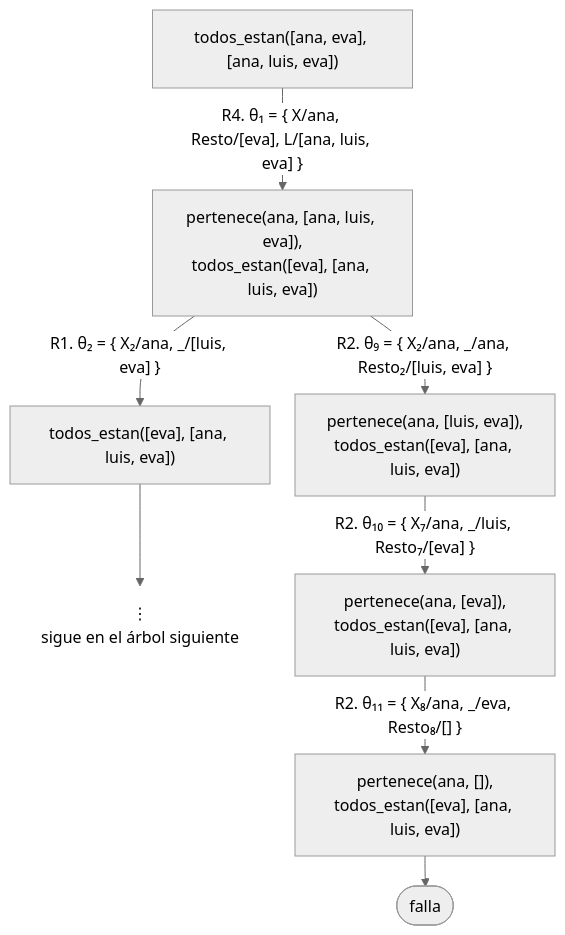
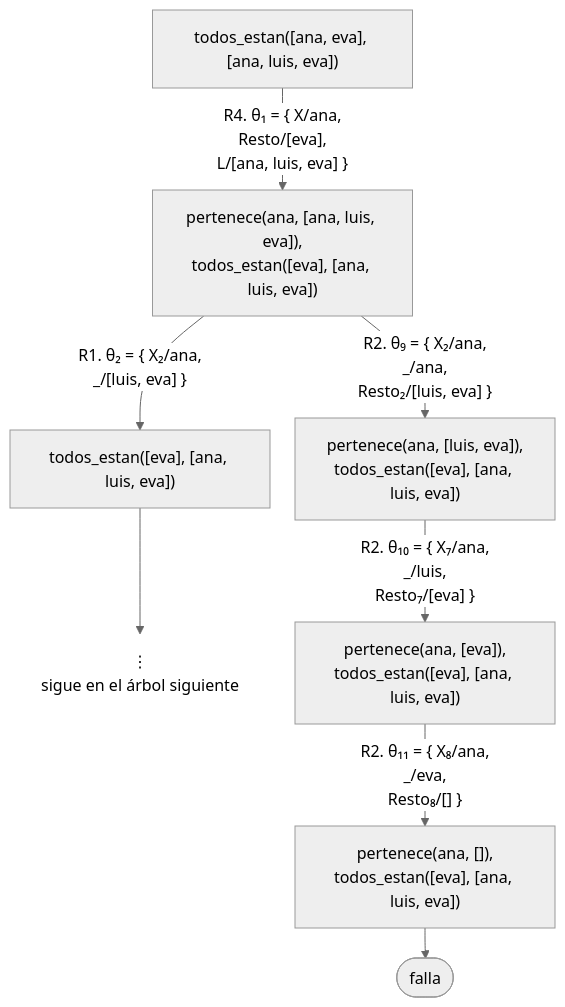
The third of 10 diagrams in docs/capitulo-07-listas/index.md (CesarBallardini/curso-de-prolog), drawn with Mermaid (neutral theme) before and after one commit. The commit also changed other lines of this file and 24 other files, not shown here.

First line of the commit message:
feat(docs): botones para ocultar las columnas laterales y etiquetas cortas en los diagramas

````diff
--- a/docs/capitulo-07-listas/index.md
+++ b/docs/capitulo-07-listas/index.md
@@ -249,13 +249,13 @@
 ```mermaid
 %%{init: {"flowchart": {"rankSpacing": 30, "nodeSpacing": 25}}}%%
 flowchart TD
-    A["todos_estan([ana, eva], [ana, luis, eva])"] -- "R4. θ₁ = {&nbsp;X/ana, Resto/[eva], L/[ana, luis, eva]&nbsp;}" --> B["pertenece(ana, [ana, luis, eva]),<br/>todos_estan([eva], [ana, luis, eva])"]
-    B -- "R1. θ₂ = {&nbsp;X₂/ana, _/[luis, eva]&nbsp;}" --> C["todos_estan([eva], [ana, luis, eva])"]
-    B -- "R2. θ₉ = {&nbsp;X₂/ana, _/ana, Resto₂/[luis, eva]&nbsp;}" --> P["pertenece(ana, [luis, eva]),<br/>todos_estan([eva], [ana, luis, eva])"]
+    A["todos_estan([ana, eva], [ana, luis, eva])"] -- "R4. θ₁ = {&nbsp;X/ana,<br/>Resto/[eva],<br/>L/[ana, luis, eva]&nbsp;}" --> B["pertenece(ana, [ana, luis, eva]),<br/>todos_estan([eva], [ana, luis, eva])"]
+    B -- "R1. θ₂ = {&nbsp;X₂/ana,<br/>_/[luis, eva]&nbsp;}" --> C["todos_estan([eva], [ana, luis, eva])"]
+    B -- "R2. θ₉ = {&nbsp;X₂/ana,<br/>_/ana,<br/>Resto₂/[luis, eva]&nbsp;}" --> P["pertenece(ana, [luis, eva]),<br/>todos_estan([eva], [ana, luis, eva])"]
     C --> V["⋮<br/>sigue en el árbol siguiente"]
-    P -- "R2. θ₁₀ = {&nbsp;X₇/ana, _/luis, Resto₇/[eva]&nbsp;}" --> Q["pertenece(ana, [eva]),<br/>todos_estan([eva], [ana, luis, eva])"]
-    Q -- "R2. θ₁₁ = {&nbsp;X₈/ana, _/eva, Resto₈/[]&nbsp;}" --> R["pertenece(ana, []),<br/>todos_estan([eva], [ana, luis, eva])"]
+    P -- "R2. θ₁₀ = {&nbsp;X₇/ana,<br/>_/luis,<br/>Resto₇/[eva]&nbsp;}" --> Q["pertenece(ana, [eva]),<br/>todos_estan([eva], [ana, luis, eva])"]
+    Q -- "R2. θ₁₁ = {&nbsp;X₈/ana,<br/>_/eva,<br/>Resto₈/[]&nbsp;}" --> R["pertenece(ana, []),<br/>todos_estan([eva], [ana, luis, eva])"]
     R --> F2(["falla"])
     classDef abierto fill:none,stroke:none;
     class V abierto;
 ```
````
